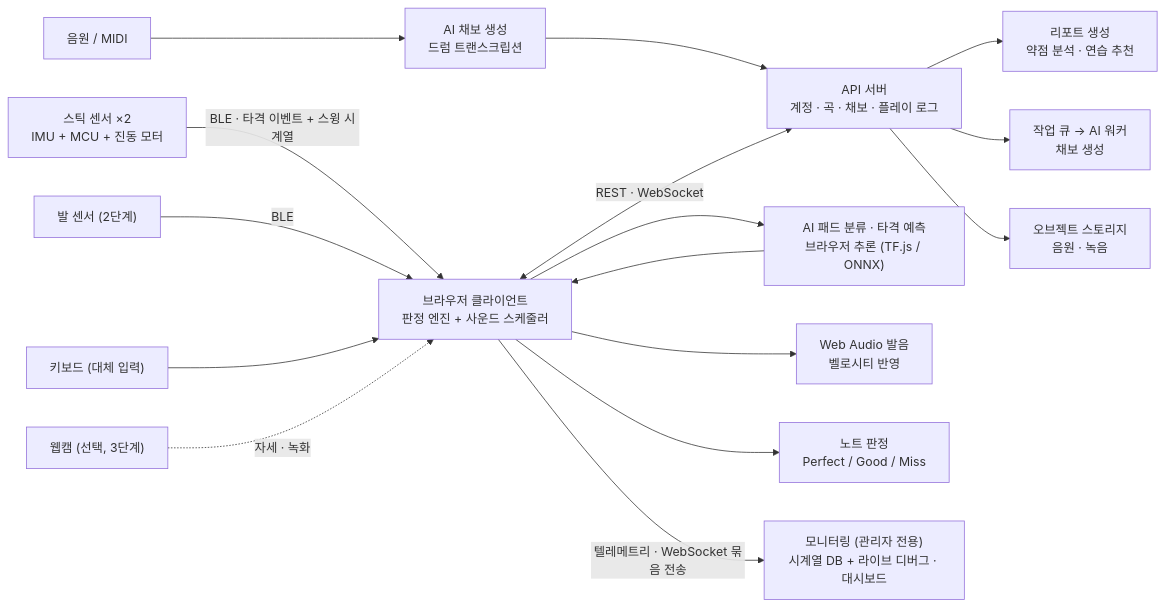
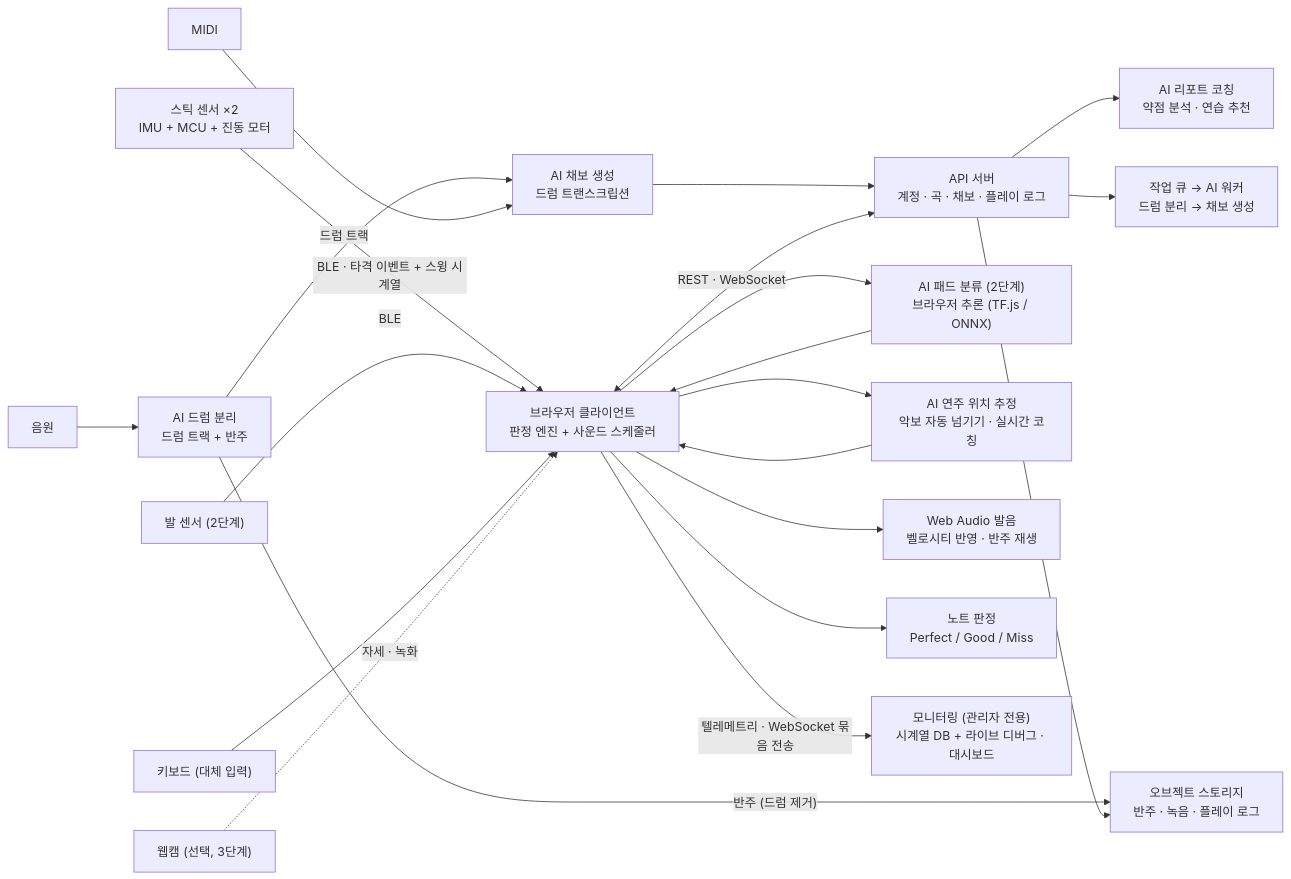
Before and after one commit to SSAPLASH/SSAPLASH: the diagram in Docs/Service Design/공통 명세서.md, drawn with Mermaid. The commit also changed other lines of this file, not shown here.

Commit message:
docs: 공통 명세서 v0.6 - Notion 동기화, 음원 드럼 분리 CHART-004 분리

````diff
--- a/Docs/Service Design/공통 명세서.md
+++ b/Docs/Service Design/공통 명세서.md
@@ -336,18 +348,23 @@
 ```mermaid
 flowchart LR
-    S["음원 / MIDI"] --> G["AI 채보 생성<br>드럼 트랜스크립션"]
+    S["음원"] --> SEP["AI 드럼 분리<br>드럼 트랙 + 반주"]
+    SEP -->|"드럼 트랙"| G["AI 채보 생성<br>드럼 트랜스크립션"]
+    SEP -->|"반주 (드럼 제거)"| ST
+    MI["MIDI"] --> G
     G --> F
     A["스틱 센서 ×2<br>IMU + MCU + 진동 모터"] -->|"BLE · 타격 이벤트 + 스윙 시계열"| C["브라우저 클라이언트<br>판정 엔진 + 사운드 스케줄러"]
     K["발 센서 (2단계)"] -->|"BLE"| C
     KB["키보드 (대체 입력)"] --> C
-    C --> P["AI 패드 분류 · 타격 예측<br>브라우저 추론 (TF.js / ONNX)"]
+    C --> P["AI 패드 분류 (2단계)<br>브라우저 추론 (TF.js / ONNX)"]
     P --> C
-    C --> D["Web Audio 발음<br>벨로시티 반영"]
+    C --> SF["AI 연주 위치 추정<br>악보 자동 넘기기 · 실시간 코칭"]
+    SF --> C
+    C --> D["Web Audio 발음<br>벨로시티 반영 · 반주 재생"]
     C --> E["노트 판정<br>Perfect / Good / Miss"]
     V["웹캠 (선택, 3단계)"] -.->|"자세 · 녹화"| C
     C <-->|"REST · WebSocket"| F["API 서버<br>계정 · 곡 · 채보 · 플레이 로그"]
-    F --> R["리포트 생성<br>약점 분석 · 연습 추천"]
-    F --> Q["작업 큐 → AI 워커<br>채보 생성"]
-    F --> ST["오브젝트 스토리지<br>음원 · 녹음"]
+    F --> R["AI 리포트 코칭<br>약점 분석 · 연습 추천"]
+    F --> Q["작업 큐 → AI 워커<br>드럼 분리 → 채보 생성"]
+    F --> ST["오브젝트 스토리지<br>반주 · 녹음 · 플레이 로그"]
     C -->|"텔레메트리 · WebSocket 묶음 전송"| M["모니터링 (관리자 전용)<br>시계열 DB + 라이브 디버그 · 대시보드"]
 ```
````
